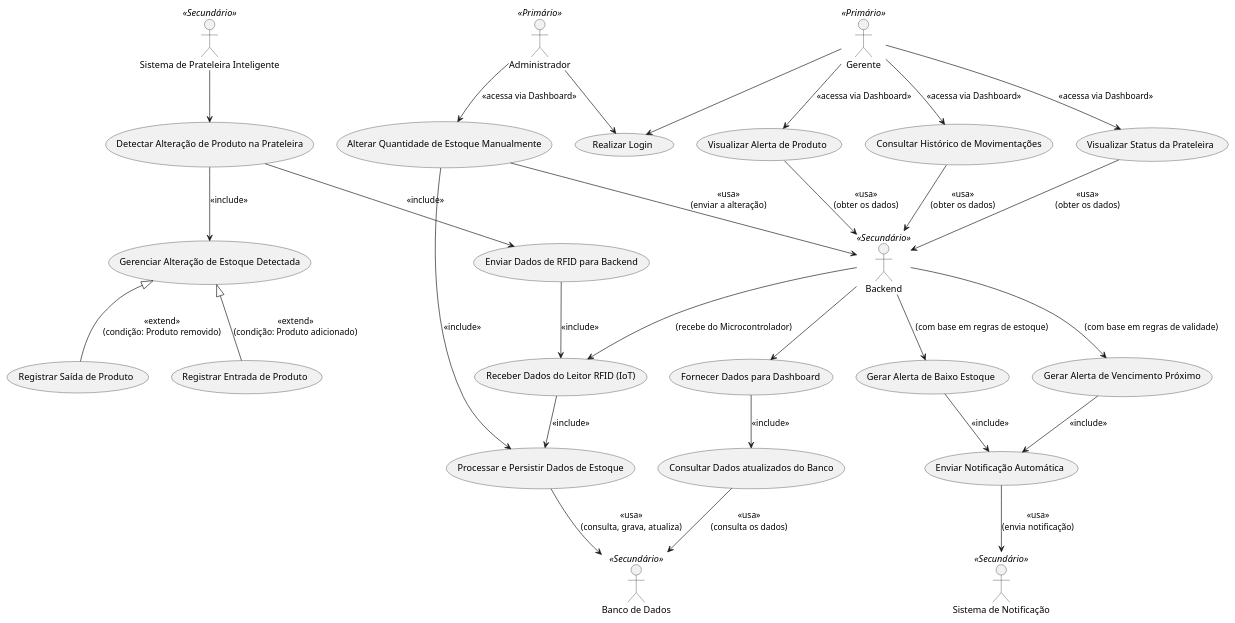
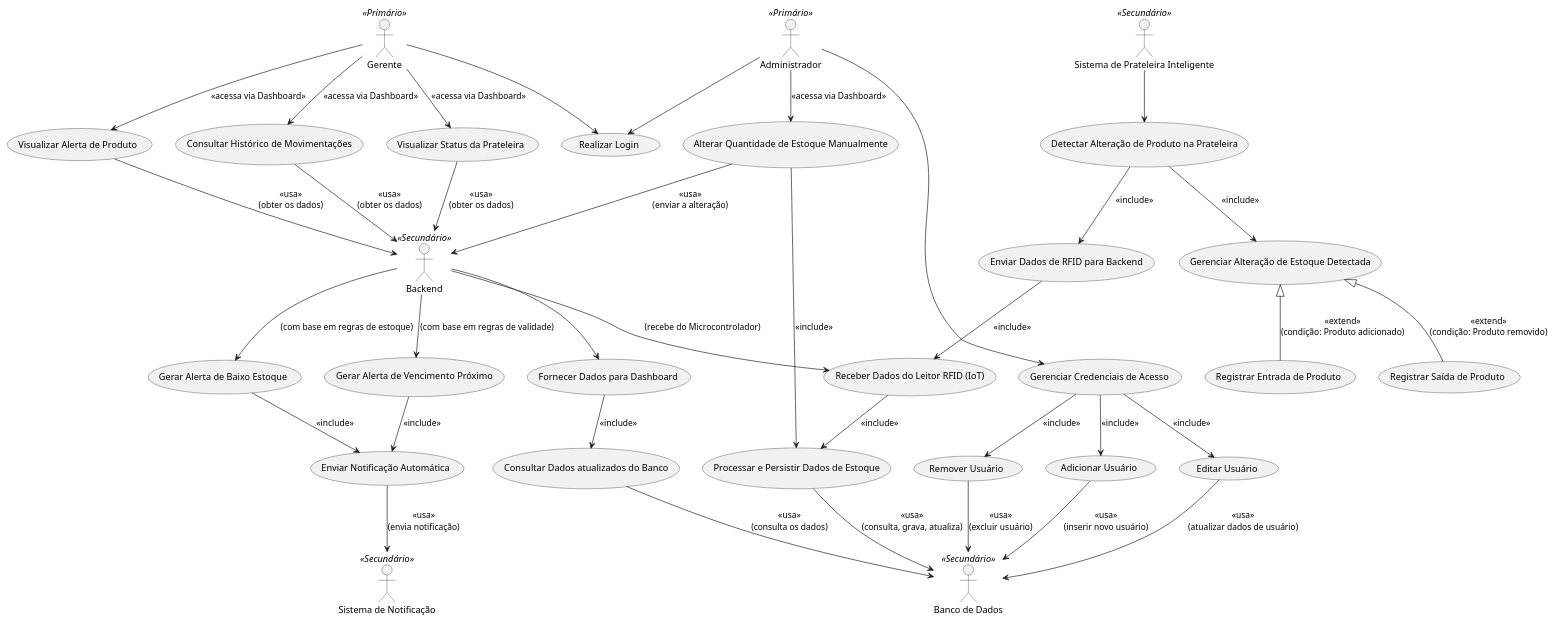
One commit to Harthuz/TCC-RFID changed the diagram in docs/UMLs/Casos de Uso/Caso de Uso Técnico/casos de uso técnico.puml. Above: the diagram before and after it, drawn with PlantUML. The commit also changed 6 other files, not shown here.

Commit message:
docs: adicionar documentação casos de uso

```diff
--- a/docs/UMLs/Casos de Uso/Caso de Uso Técnico/casos de uso técnico.puml
+++ b/docs/UMLs/Casos de Uso/Caso de Uso Técnico/casos de uso técnico.puml
@@ -1,74 +1,89 @@
 @startuml
 
 ' ==== Atores ====
 actor "Sistema de Prateleira Inteligente" as SPI <<Secundário>>
 actor "Banco de Dados" as BD <<Secundário>>
 actor "Gerente" as Gerente <<Primário>>
 actor "Administrador" as Admin <<Primário>>
 actor "Sistema de Notificação" as NotificacaoSystem <<Secundário>>
 actor "Backend" as Backend <<Secundário>>
 
 ' ==== Casos de Uso ====
 usecase "Consultar Dados atualizados do Banco" as ConsultarDashboard
 usecase "Enviar Dados de RFID para Backend" as EnviaDados
 usecase "Detectar Alteração de Produto na Prateleira" as Detectar
 usecase "Gerenciar Alteração de Estoque Detectada" as GerenciarAlteracao
 usecase "Registrar Entrada de Produto" as Entrada
 usecase "Registrar Saída de Produto" as Saida
 usecase "Processar e Persistir Dados de Estoque" as ProcessarPersistir
 usecase "Receber Dados do Leitor RFID (IoT)" as ReceberIoT
 usecase "Fornecer Dados para Dashboard" as FornecerDashboard
 usecase "Realizar Login" as RealizarLogin
 usecase "Consultar Histórico de Movimentações" as ConsultarHistorico
 usecase "Visualizar Status da Prateleira" as VisualizarStatus
 usecase "Visualizar Alerta de Produto" as VisualizarAlertaProduto
 usecase "Alterar Quantidade de Estoque Manualmente" as AlterarEstoque
 usecase "Gerar Alerta de Baixo Estoque" as GerarAlertaAcabando
 usecase "Gerar Alerta de Vencimento Próximo" as GerarAlertaVencendo
 usecase "Enviar Notificação Automática" as EnviarNotificacao
+
+' ==== Novos casos de uso para gerenciamento de credenciais ====
+usecase "Adicionar Usuário" as AdicionarUsuario
+usecase "Editar Usuário" as EditarUsuario
+usecase "Remover Usuário" as RemoverUsuario
+usecase "Gerenciar Credenciais de Acesso" as GerenciarCredenciais
 
 ' ==== Relações do Sistema de Prateleira Inteligente (IoT) e Backend ====
 SPI --> Detectar
 Detectar --> GerenciarAlteracao : <<include>>
 
 GerenciarAlteracao <|-- Entrada : <<extend>>\n(condição: Produto adicionado)
 GerenciarAlteracao <|-- Saida : <<extend>>\n(condição: Produto removido)
 
 Detectar --> EnviaDados : <<include>>
 EnviaDados --> ReceberIoT : <<include>>
 
 ' ==== Backend e Processamento de Dados ====
 Backend --> ReceberIoT : (recebe do Microcontrolador)
 ReceberIoT --> ProcessarPersistir : <<include>>
 
 AlterarEstoque --> ProcessarPersistir : <<include>>
 ProcessarPersistir --> BD : <<usa>>\n(consulta, grava, atualiza)
 
 ' ==== Backend e Alertas ====
 Backend --> GerarAlertaAcabando : (com base em regras de estoque)
 Backend --> GerarAlertaVencendo : (com base em regras de validade)
 
 GerarAlertaAcabando --> EnviarNotificacao : <<include>>
 GerarAlertaVencendo --> EnviarNotificacao : <<include>>
 EnviarNotificacao --> NotificacaoSystem : <<usa>>\n(envia notificação)
 
 ' ==== Acesso a Informações pelo Backend ====
 VisualizarAlertaProduto --> Backend : <<usa>>\n(obter os dados)
 VisualizarStatus --> Backend : <<usa>>\n(obter os dados)
 ConsultarHistorico --> Backend : <<usa>>\n(obter os dados)
 AlterarEstoque --> Backend : <<usa>>\n(enviar a alteração)
 Backend --> FornecerDashboard
 FornecerDashboard --> ConsultarDashboard : <<include>>
 ConsultarDashboard --> BD : <<usa>>\n(consulta os dados)
 
 ' ==== Interações com Usuários ====
 Gerente --> RealizarLogin
 Admin --> RealizarLogin
 
 Gerente --> ConsultarHistorico : <<acessa via Dashboard>>
 Gerente --> VisualizarStatus : <<acessa via Dashboard>>
 Gerente --> VisualizarAlertaProduto : <<acessa via Dashboard>>
 
 Admin --> AlterarEstoque : <<acessa via Dashboard>>
 
+' ==== Relações para gerenciamento de usuários ====
+Admin --> GerenciarCredenciais
+GerenciarCredenciais --> AdicionarUsuario : <<include>>
+GerenciarCredenciais --> EditarUsuario : <<include>>
+GerenciarCredenciais --> RemoverUsuario : <<include>>
+AdicionarUsuario --> BD : <<usa>>\n(inserir novo usuário)
+EditarUsuario --> BD : <<usa>>\n(atualizar dados de usuário)
+RemoverUsuario --> BD : <<usa>>\n(excluir usuário)
+
 @enduml
```
